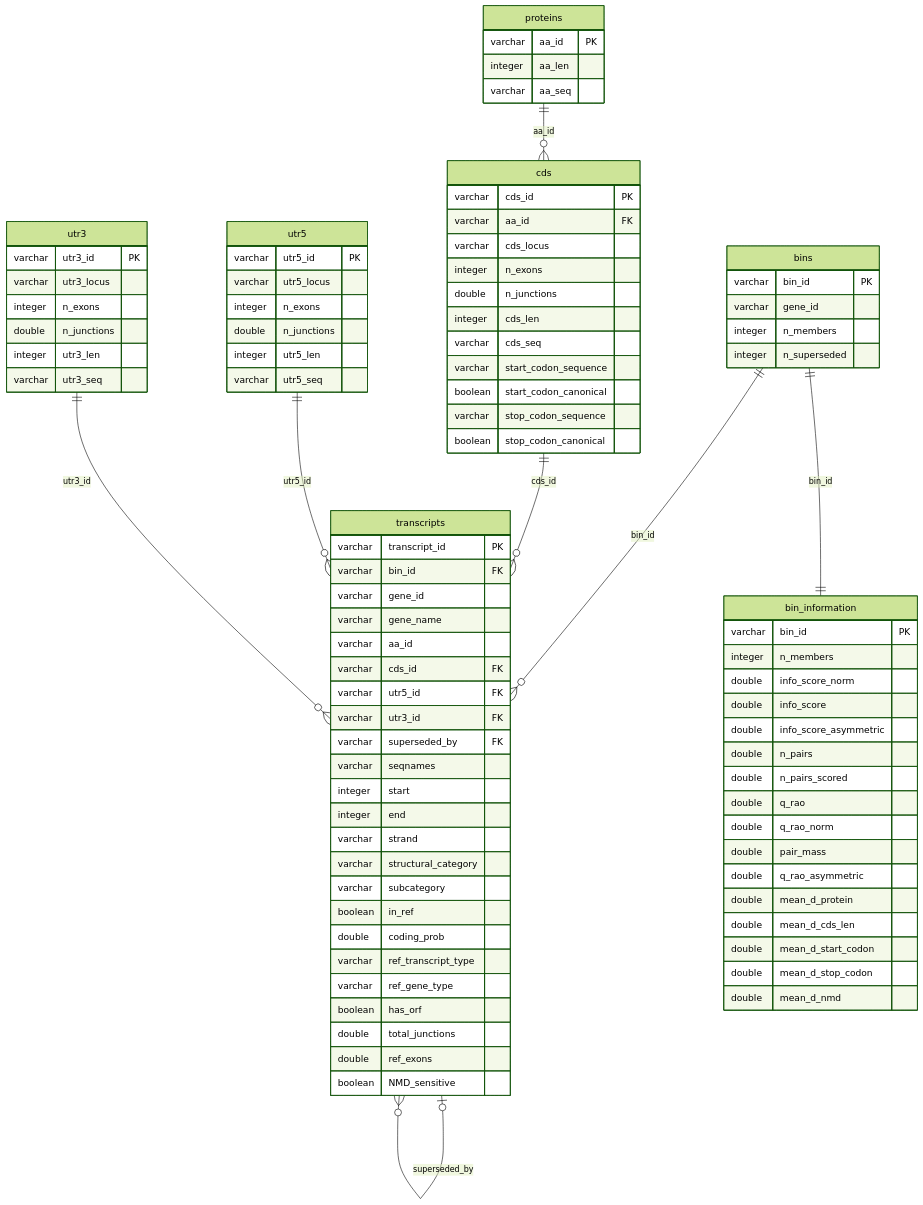
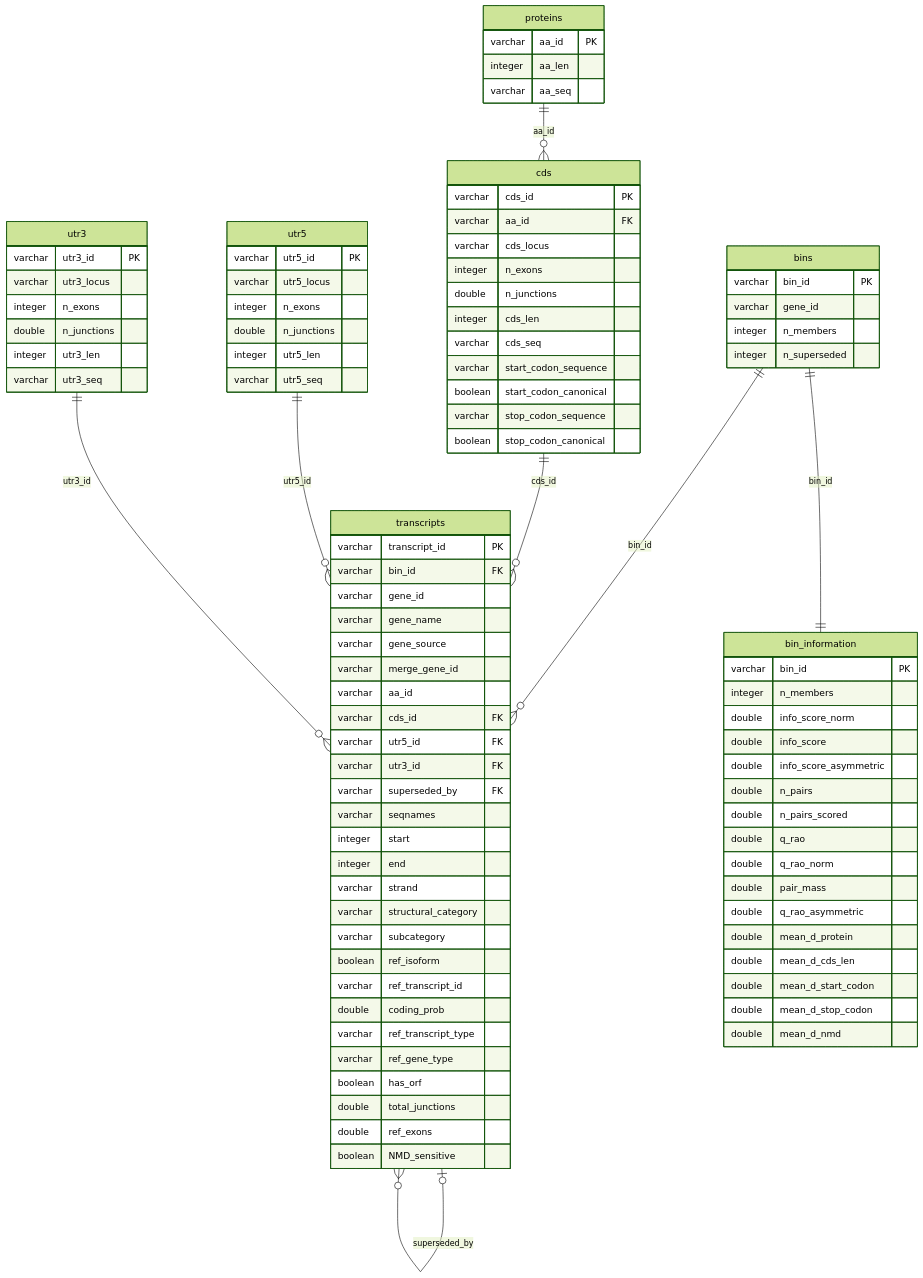
Before and after one commit to guillermo1996/Endome_generation: the diagram in README.md, drawn with Mermaid (forest theme). The commit also changed other lines of this file and 21 other files, not shown here.

```diff
--- a/README.md
+++ b/README.md
@@ -342,6 +374,8 @@
         varchar bin_id FK
         varchar gene_id
         varchar gene_name
+        varchar gene_source
+        varchar merge_gene_id
         varchar aa_id
         varchar cds_id FK
         varchar utr5_id FK
@@ -353,7 +387,8 @@
         varchar strand
         varchar structural_category
         varchar subcategory
-        boolean in_ref
+        boolean ref_isoform
+        varchar ref_transcript_id
         double coding_prob
         varchar ref_transcript_type
         varchar ref_gene_type
```
